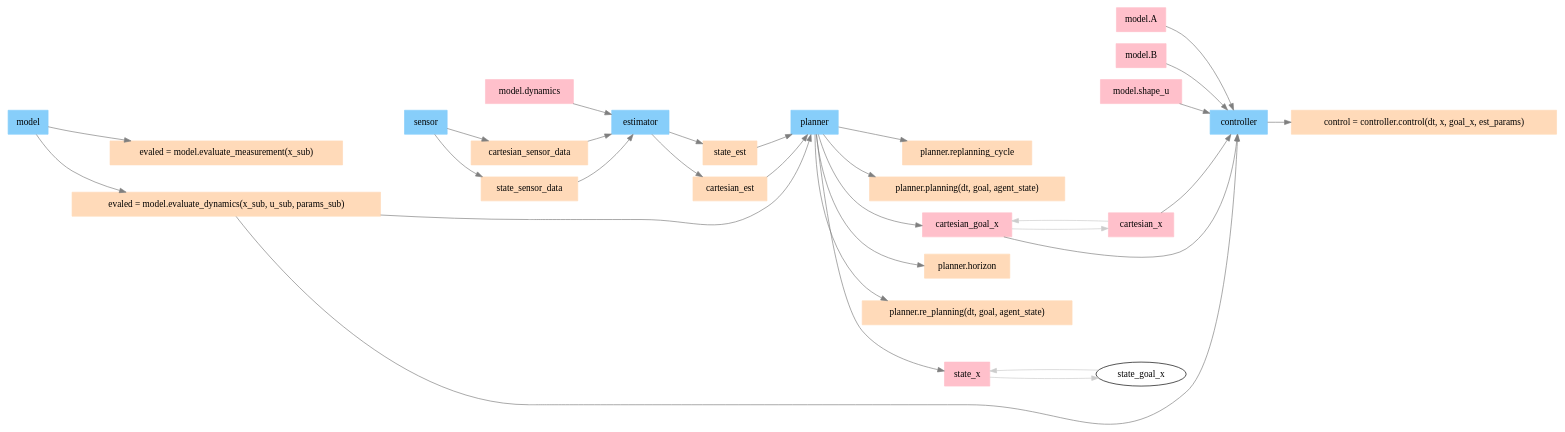
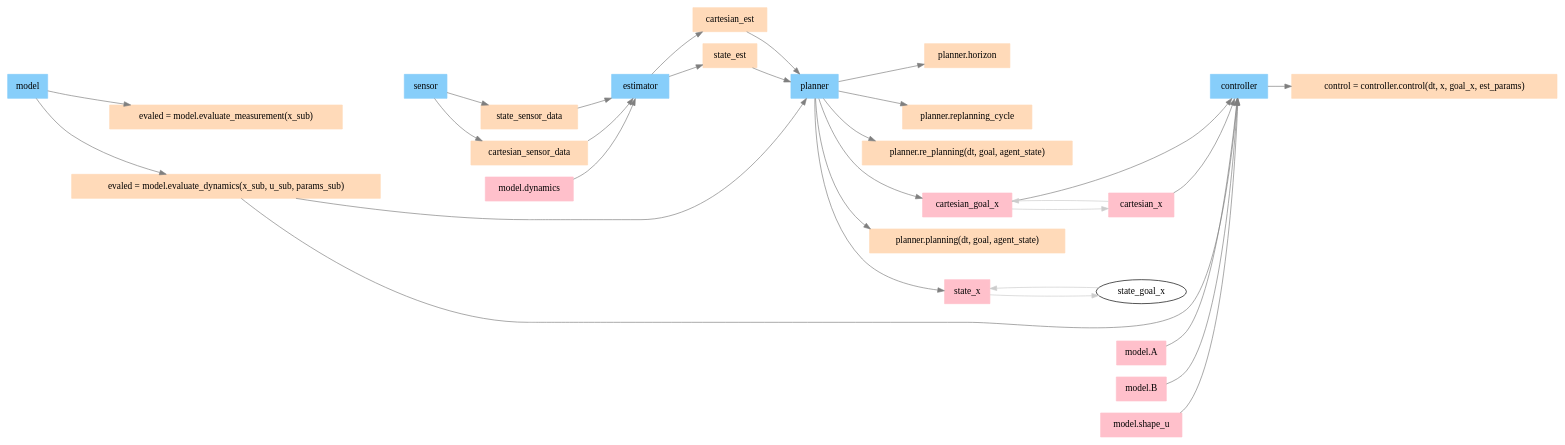
The diagram in documentation/img/deps.gv (intelligent-control-lab/Composable_Agent_Toolbox), drawn with Graphviz before and after one commit. The commit also changed other lines of this file and 7 other files, not shown here.

```diff
--- a/documentation/img/deps.gv
+++ b/documentation/img/deps.gv
@@ -1,106 +1,106 @@
 digraph G {
 	compound=true rankdir=LR
-	planner [color=lightskyblue fillcolor=lightskyblue shape=box style=filled]
-	controller [color=lightskyblue fillcolor=lightskyblue shape=box style=filled]
 	model [color=lightskyblue fillcolor=lightskyblue shape=box style=filled]
 	estimator [color=lightskyblue fillcolor=lightskyblue shape=box style=filled]
 	sensor [color=lightskyblue fillcolor=lightskyblue shape=box style=filled]
+	controller [color=lightskyblue fillcolor=lightskyblue shape=box style=filled]
+	planner [color=lightskyblue fillcolor=lightskyblue shape=box style=filled]
+	state_sensor_data [color=peachpuff fillcolor=peachpuff shape=box style=filled]
+	"model.A" [color=peachpuff fillcolor=peachpuff shape=box style=filled]
+	"control = controller.control(dt, x, goal_x, est_params)" [color=peachpuff fillcolor=peachpuff shape=box style=filled]
+	cartesian_est [color=peachpuff fillcolor=peachpuff shape=box style=filled]
+	"planner.replanning_cycle" [color=peachpuff fillcolor=peachpuff shape=box style=filled]
 	"model.dynamics" [color=peachpuff fillcolor=peachpuff shape=box style=filled]
-	"planner.replanning_cycle" [color=peachpuff fillcolor=peachpuff shape=box style=filled]
+	state_est [color=peachpuff fillcolor=peachpuff shape=box style=filled]
+	"planner.re_planning(dt, goal, agent_state)" [color=peachpuff fillcolor=peachpuff shape=box style=filled]
+	cartesian_goal_x [color=peachpuff fillcolor=peachpuff shape=box style=filled]
+	"evaled = model.evaluate_measurement(x_sub)" [color=peachpuff fillcolor=peachpuff shape=box style=filled]
 	cartesian_x [color=peachpuff fillcolor=peachpuff shape=box style=filled]
-	"model.A" [color=peachpuff fillcolor=peachpuff shape=box style=filled]
-	"evaled = model.evaluate_measurement(x_sub)" [color=peachpuff fillcolor=peachpuff shape=box style=filled]
+	cartesian_sensor_data [color=peachpuff fillcolor=peachpuff shape=box style=filled]
+	"planner.planning(dt, goal, agent_state)" [color=peachpuff fillcolor=peachpuff shape=box style=filled]
 	"model.B" [color=peachpuff fillcolor=peachpuff shape=box style=filled]
-	"planner.planning(dt, goal, agent_state)" [color=peachpuff fillcolor=peachpuff shape=box style=filled]
-	state_est [color=peachpuff fillcolor=peachpuff shape=box style=filled]
+	"evaled = model.evaluate_dynamics(x_sub, u_sub, params_sub)" [color=peachpuff fillcolor=peachpuff shape=box style=filled]
 	"model.shape_u" [color=peachpuff fillcolor=peachpuff shape=box style=filled]
-	cartesian_goal_x [color=peachpuff fillcolor=peachpuff shape=box style=filled]
-	cartesian_sensor_data [color=peachpuff fillcolor=peachpuff shape=box style=filled]
+	state_x [color=peachpuff fillcolor=peachpuff shape=box style=filled]
 	"planner.horizon" [color=peachpuff fillcolor=peachpuff shape=box style=filled]
-	"planner.re_planning(dt, goal, agent_state)" [color=peachpuff fillcolor=peachpuff shape=box style=filled]
-	"evaled = model.evaluate_dynamics(x_sub, u_sub, params_sub)" [color=peachpuff fillcolor=peachpuff shape=box style=filled]
-	state_sensor_data [color=peachpuff fillcolor=peachpuff shape=box style=filled]
-	state_x [color=peachpuff fillcolor=peachpuff shape=box style=filled]
-	cartesian_est [color=peachpuff fillcolor=peachpuff shape=box style=filled]
-	"control = controller.control(dt, x, goal_x, est_params)" [color=peachpuff fillcolor=peachpuff shape=box style=filled]
+	"model.A" [color=pink fillcolor=pink shape=box style=filled]
 	"model.dynamics" [color=pink fillcolor=pink shape=box style=filled]
 	cartesian_x [color=pink fillcolor=pink shape=box style=filled]
-	"model.A" [color=pink fillcolor=pink shape=box style=filled]
 	"model.B" [color=pink fillcolor=pink shape=box style=filled]
 	"model.shape_u" [color=pink fillcolor=pink shape=box style=filled]
 	cartesian_goal_x [color=pink fillcolor=pink shape=box style=filled]
 	state_x [color=pink fillcolor=pink shape=box style=filled]
 	cartesian_x -> controller [color=gray50]
 	cartesian_goal_x -> controller [color=gray50]
 	"model.shape_u" -> controller [color=gray50]
 	"model.A" -> controller [color=gray50]
 	"model.B" -> controller [color=gray50]
 	"evaled = model.evaluate_dynamics(x_sub, u_sub, params_sub)" -> controller [color=gray50]
 	"evaled = model.evaluate_dynamics(x_sub, u_sub, params_sub)" -> planner [color=gray50]
 	controller -> "control = controller.control(dt, x, goal_x, est_params)" [color=gray50]
 	model -> "evaled = model.evaluate_dynamics(x_sub, u_sub, params_sub)" [color=gray50]
 	model -> "evaled = model.evaluate_measurement(x_sub)" [color=gray50]
 	state_sensor_data -> estimator [color=gray50]
 	cartesian_sensor_data -> estimator [color=gray50]
 	"model.dynamics" -> estimator [color=gray50]
 	estimator -> cartesian_est [color=gray50]
 	estimator -> state_est [color=gray50]
 	sensor -> state_sensor_data [color=gray50]
 	sensor -> cartesian_sensor_data [color=gray50]
 	cartesian_est -> planner [color=gray50]
 	state_est -> planner [color=gray50]
 	planner -> state_x [color=gray50]
 	planner -> cartesian_goal_x [color=gray50]
 	planner -> "planner.horizon" [color=gray50]
 	planner -> "planner.replanning_cycle" [color=gray50]
 	planner -> "planner.planning(dt, goal, agent_state)" [color=gray50]
 	planner -> "planner.re_planning(dt, goal, agent_state)" [color=gray50]
 	cartesian_x -> cartesian_goal_x [color=gray80 weight=100]
 	cartesian_goal_x -> cartesian_x [color=gray80 weight=100]
 	state_x -> state_goal_x [color=gray80 weight=100]
 	state_goal_x -> state_x [color=gray80 weight=100]
 	model -> sensor [style=invis weight=1000]
 	sensor -> estimator [style=invis weight=1000]
 	estimator -> planner [style=invis weight=1000]
 	planner -> controller [style=invis weight=1000]
 	"evaled = model.evaluate_dynamics(x_sub, u_sub, params_sub)" -> sensor [style=invis]
 	"evaled = model.evaluate_measurement(x_sub)" -> sensor [style=invis]
 	state_sensor_data -> estimator [style=invis]
 	cartesian_sensor_data -> estimator [style=invis]
 	cartesian_est -> planner [style=invis]
 	state_est -> planner [style=invis]
 	state_x -> controller [style=invis]
 	cartesian_goal_x -> controller [style=invis]
 	"planner.horizon" -> controller [style=invis]
 	"planner.replanning_cycle" -> controller [style=invis]
 	"planner.planning(dt, goal, agent_state)" -> controller [style=invis]
 	"planner.re_planning(dt, goal, agent_state)" -> controller [style=invis]
 	{
 		rank=same
 		"evaled = model.evaluate_dynamics(x_sub, u_sub, params_sub)"
 		"evaled = model.evaluate_measurement(x_sub)"
 	}
 	{
 		rank=same
 		state_sensor_data
 		cartesian_sensor_data
 	}
 	{
 		rank=same
 		cartesian_est
 		state_est
 	}
 	{
 		rank=same
 		state_x
 		cartesian_goal_x
 		"planner.horizon"
 		"planner.replanning_cycle"
 		"planner.planning(dt, goal, agent_state)"
 		"planner.re_planning(dt, goal, agent_state)"
 	}
 	{
 		rank=same
 		"control = controller.control(dt, x, goal_x, est_params)"
 	}
 }
```
